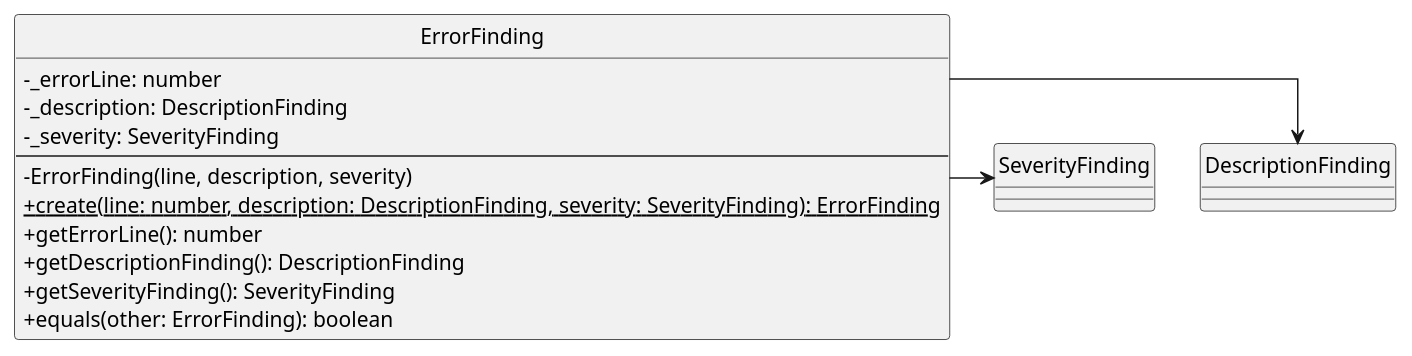
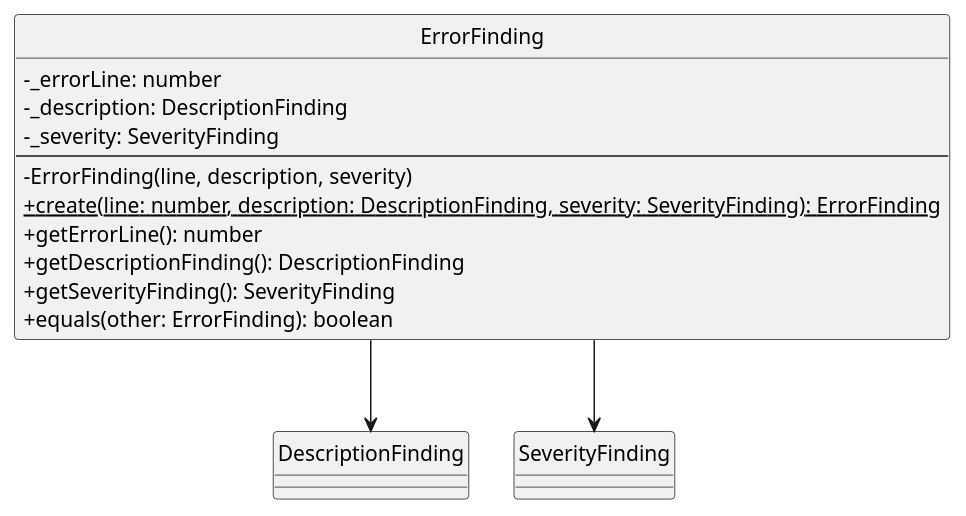
One commit to SkarabGroup/DocumentazioneProgetto changed the diagram in assets/st_diagrams/code/plantuml/analysis/domain/valueObjects/errorFinding.vo.plantuml. Above: the diagram before and after it, drawn with PlantUML. The commit also changed 30 other files, not shown here.

```diff
--- a/assets/st_diagrams/code/plantuml/analysis/domain/valueObjects/errorFinding.vo.plantuml
+++ b/assets/st_diagrams/code/plantuml/analysis/domain/valueObjects/errorFinding.vo.plantuml
@@ -1,24 +1,24 @@
 @startuml ErrorFinding
 skinparam componentStyle uml2.5
 skinparam linetype ortho
 skinparam nodesep 30
 skinparam ranksep 30
 skinparam ClassAttributeIconSize 0
 hide circles
 
 class ErrorFinding {
     - _errorLine: number
     - _description: DescriptionFinding
     - _severity: SeverityFinding
     ---
     - ErrorFinding(line, description, severity)
     + {static} create(line: number, description: DescriptionFinding, severity: SeverityFinding): ErrorFinding
     + getErrorLine(): number
     + getDescriptionFinding(): DescriptionFinding
     + getSeverityFinding(): SeverityFinding
     + equals(other: ErrorFinding): boolean
 }
 
-ErrorFinding --right-> DescriptionFinding
-ErrorFinding --right-> SeverityFinding
+ErrorFinding --down-> DescriptionFinding
+ErrorFinding --down-> SeverityFinding
 @enduml
```
